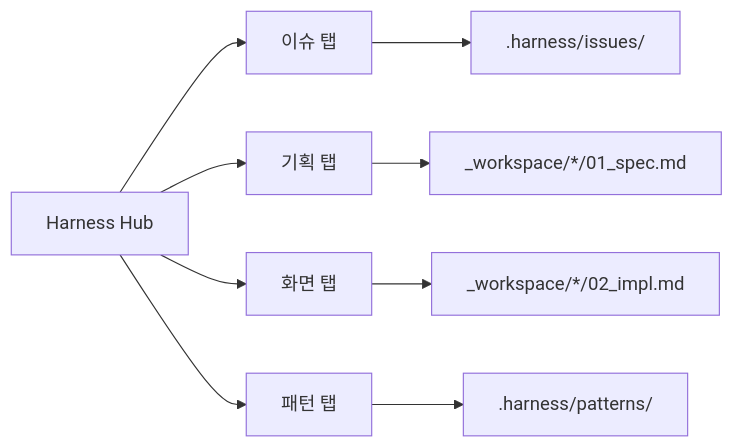
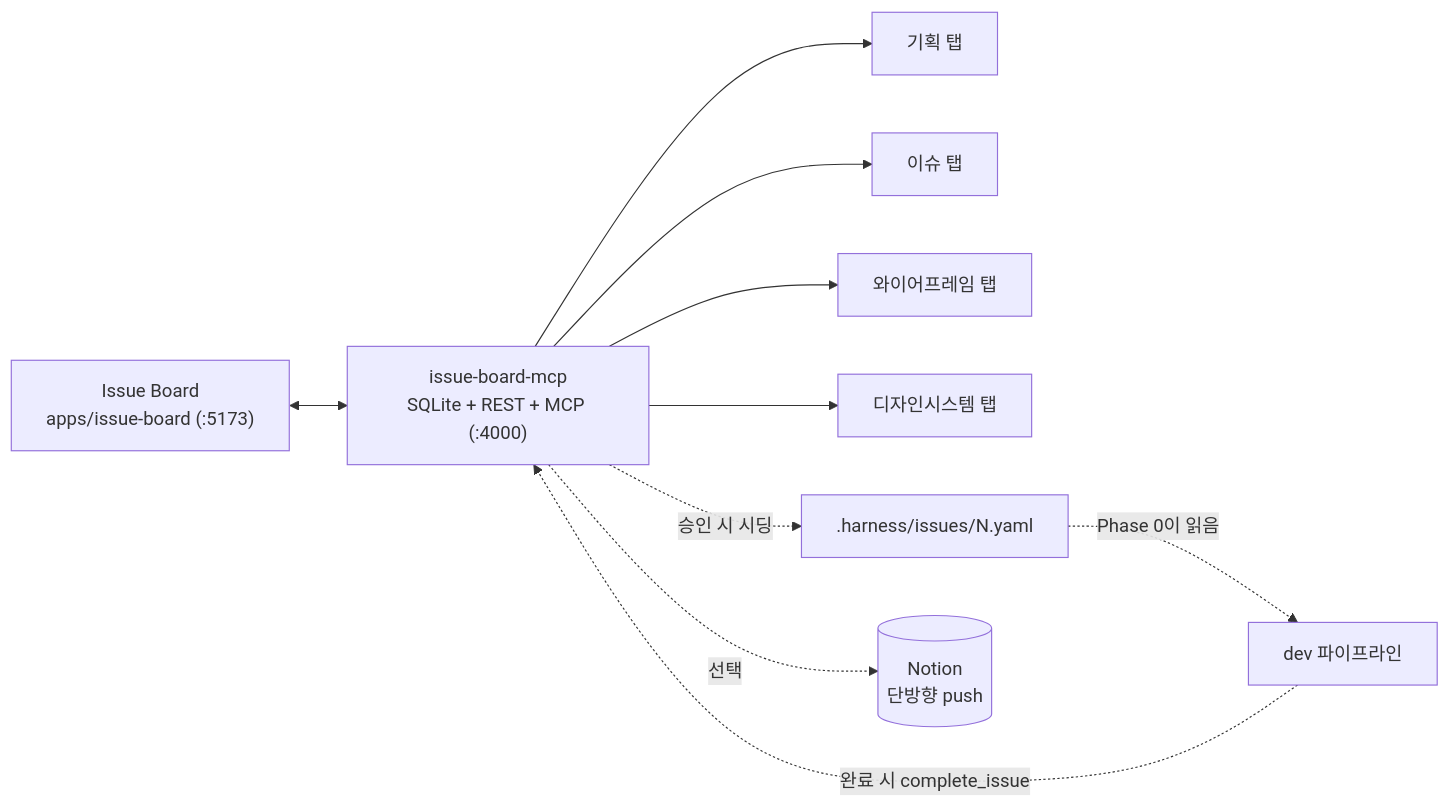
Before and after one commit to LEEHEEWON123/harness_build: the fifth of 5 diagrams in docs/dev-pipeline.md, drawn with Mermaid. The commit also changed other lines of this file and 1 other file, not shown here.

First line of the commit message:
docs: 파이프라인 다이어그램에 이슈보드/개발 세션 분리 반영

````diff
--- a/docs/dev-pipeline.md
+++ b/docs/dev-pipeline.md
@@ -145,13 +183,16 @@
 ```mermaid
 flowchart LR
-  HUB[Harness Hub]
-  HUB --> T1[이슈 탭]
-  HUB --> T2[기획 탭]
-  HUB --> T3[화면 탭]
-  HUB --> T4[패턴 탭]
+  BOARD["Issue Board<br/>apps/issue-board (:5173)"]
+  MCP["issue-board-mcp<br/>SQLite + REST + MCP (:4000)"]
+  BOARD <--> MCP
 
-  T1 --> Y1[".harness/issues/"]
-  T2 --> S1["_workspace/*/01_spec.md"]
-  T3 --> S2["_workspace/*/02_impl.md"]
-  T4 --> P1[".harness/patterns/"]
+  MCP --> T1[기획 탭]
+  MCP --> T2[이슈 탭]
+  MCP --> T3[와이어프레임 탭]
+  MCP --> T4[디자인시스템 탭]
+
+  MCP -.승인 시 시딩.-> Y1[".harness/issues/N.yaml"]
+  Y1 -.Phase 0이 읽음.-> DEV["dev 파이프라인"]
+  DEV -.완료 시 complete_issue.-> MCP
+  MCP -.선택.-> NOTION[("Notion<br/>단방향 push")]
 ```
````
